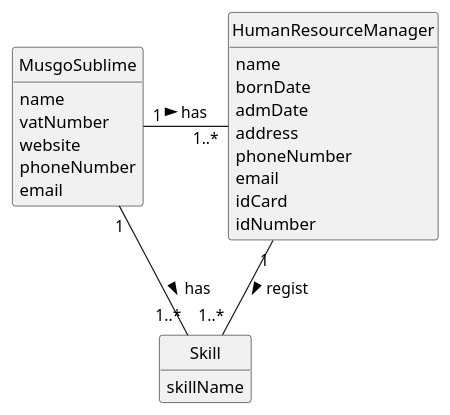
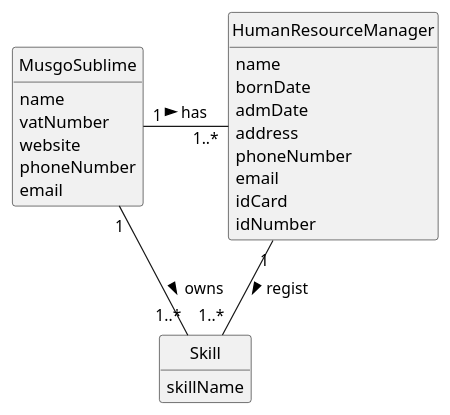
One commit to 1231360-ISEP/lei-24-s2-1db-g021 changed the diagram in docs/sprintA/us001/02.analysis/puml/us001-domain-model.puml. Above: the diagram before and after it, drawn with PlantUML. The commit also changed 3 other files, not shown here.

```diff
--- a/docs/sprintA/us001/02.analysis/puml/us001-domain-model.puml
+++ b/docs/sprintA/us001/02.analysis/puml/us001-domain-model.puml
@@ -1,39 +1,39 @@
 @startuml
 skinparam monochrome true
 skinparam packageStyle rectangle
 skinparam shadowing false
 
 skinparam classAttributeIconSize 0
 
 hide circle
 hide methods
 
 class MusgoSublime {
     name
     vatNumber
     website
     phoneNumber
     email
 }
 
 class HumanResourceManager {
     name
     bornDate
     admDate
     address
     phoneNumber
     email
     idCard
     idNumber
 }
 
 class Skill {
     skillName
 }
 
 
 MusgoSublime "1" - "1..*" HumanResourceManager: has >
-MusgoSublime "1" - "1..*" Skill: has >
+MusgoSublime "1" - "1..*" Skill: owns >
 HumanResourceManager "1" -- "1..*" Skill : regist >
 
 @enduml
```
